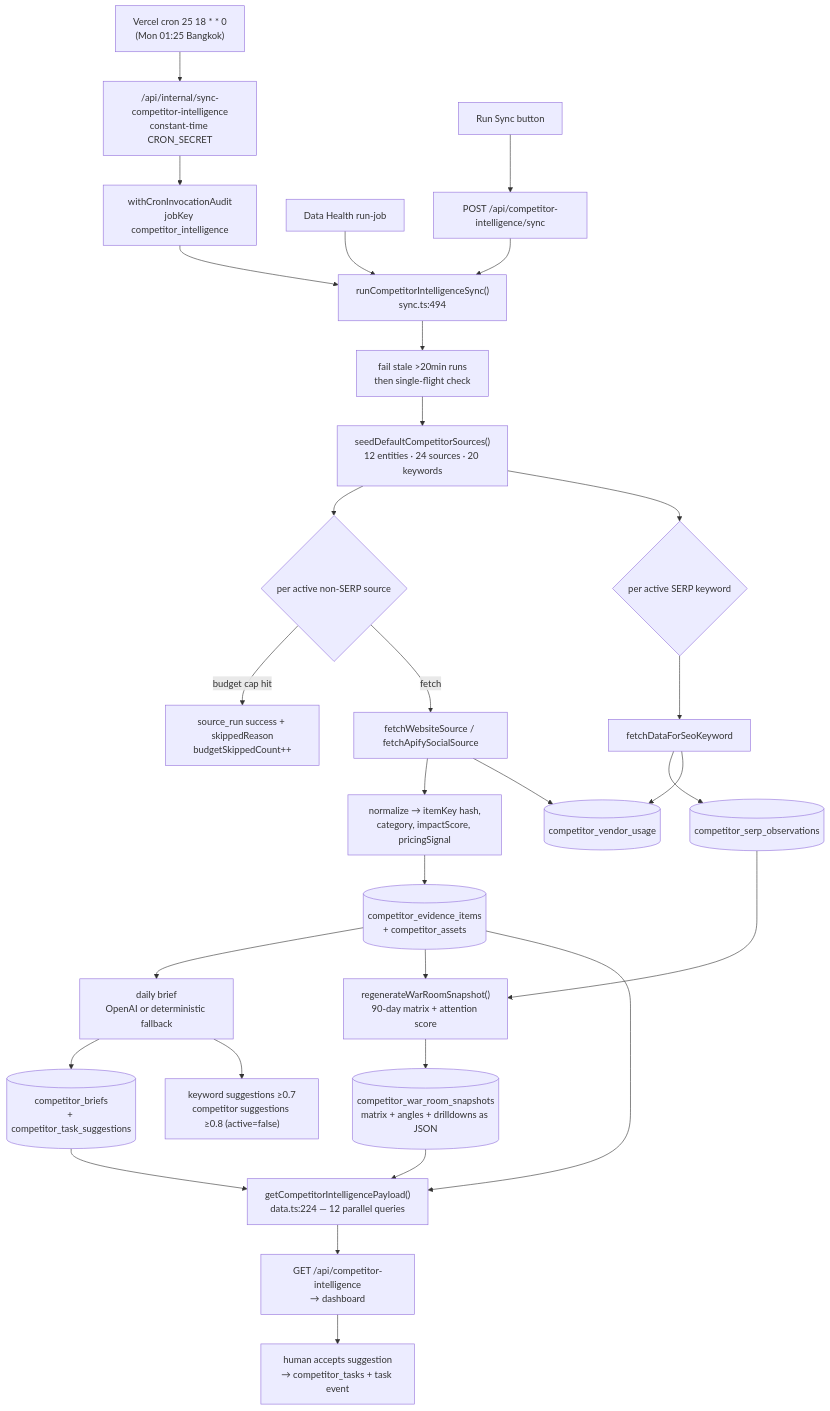
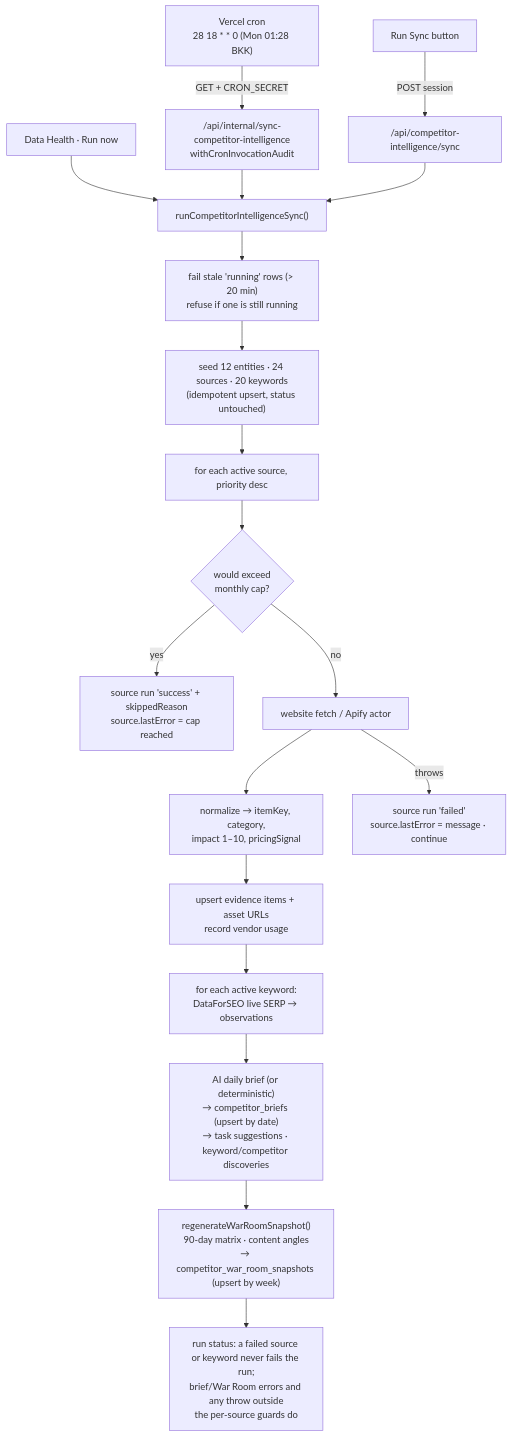
One commit to kasheesh711/bgscheduler changed the diagram in docs/features/competitor-intelligence.md. Above: the diagram before and after it, drawn with Mermaid. The commit also changed other lines of this file and 95 other files, not shown here.

````diff
--- a/docs/features/competitor-intelligence.md
+++ b/docs/features/competitor-intelligence.md
@@ -84,35 +93,21 @@
 ```mermaid
 flowchart TD
-  Cron["Vercel cron 25 18 * * 0<br/>(Mon 01:25 Bangkok)"] --> Route["/api/internal/sync-competitor-intelligence<br/>constant-time CRON_SECRET"]
-  Admin["Run Sync button"] --> SyncRoute["POST /api/competitor-intelligence/sync"]
-  Health["Data Health run-job"] --> Orchestrator
-  Route --> Audit["withCronInvocationAudit<br/>jobKey competitor_intelligence"] --> Orchestrator
-  SyncRoute --> Orchestrator
-
-  Orchestrator["runCompetitorIntelligenceSync()<br/>sync.ts:494"] --> Guard["fail stale >20min runs<br/>then single-flight check"]
-  Guard --> Seed["seedDefaultCompetitorSources()<br/>12 entities · 24 sources · 20 keywords"]
-  Seed --> Loop{"per active non-SERP source"}
-  Loop -->|budget cap hit| Skip["source_run success + skippedReason<br/>budgetSkippedCount++"]
-  Loop -->|fetch| Prov["fetchWebsiteSource / fetchApifySocialSource"]
-  Prov --> Norm["normalize → itemKey hash,<br/>category, impactScore, pricingSignal"]
-  Norm --> Evid[("competitor_evidence_items<br/>+ competitor_assets")]
-  Prov --> Usage[("competitor_vendor_usage")]
-
-  Seed --> SerpLoop{"per active SERP keyword"}
-  SerpLoop --> DFS["fetchDataForSeoKeyword"] --> Obs[("competitor_serp_observations")]
-  DFS --> Usage
-
-  Evid --> Brief["daily brief<br/>OpenAI or deterministic fallback"]
-  Brief --> BriefT[("competitor_briefs<br/>+ competitor_task_suggestions")]
-  Brief --> Discover["keyword suggestions ≥0.7<br/>competitor suggestions ≥0.8 (active=false)"]
-
-  Evid --> WarRoom["regenerateWarRoomSnapshot()<br/>90-day matrix + attention score"]
-  Obs --> WarRoom
-  WarRoom --> Snap[("competitor_war_room_snapshots<br/>matrix + angles + drilldowns as JSON")]
-
-  Snap --> Payload["getCompetitorIntelligencePayload()<br/>data.ts:224 — 12 parallel queries"]
-  BriefT --> Payload
-  Evid --> Payload
-  Payload --> Dash["GET /api/competitor-intelligence<br/>→ dashboard"]
-  Dash --> Accept["human accepts suggestion<br/>→ competitor_tasks + task event"]
+  CRON["Vercel cron<br/>28 18 * * 0 (Mon 01:28 BKK)"] -->|GET + CRON_SECRET| ROUTE["/api/internal/sync-competitor-intelligence<br/>withCronInvocationAudit"]
+  UI["Run Sync button"] -->|POST session| APP["/api/competitor-intelligence/sync"]
+  DH["Data Health · Run now"] --> RUN
+  ROUTE --> RUN["runCompetitorIntelligenceSync()"]
+  APP --> RUN
+  RUN --> STALE["fail stale 'running' rows (> 20 min)<br/>refuse if one is still running"]
+  STALE --> SEED["seed 12 entities · 24 sources · 20 keywords<br/>(idempotent upsert, status untouched)"]
+  SEED --> LOOP["for each active source, priority desc"]
+  LOOP --> BUDGET{"would exceed<br/>monthly cap?"}
+  BUDGET -->|yes| SKIP["source run 'success' + skippedReason<br/>source.lastError = cap reached"]
+  BUDGET -->|no| FETCH["website fetch / Apify actor"]
+  FETCH --> NORM["normalize → itemKey, category,<br/>impact 1–10, pricingSignal"]
+  NORM --> STORE["upsert evidence items + asset URLs<br/>record vendor usage"]
+  FETCH -->|throws| FAIL["source run 'failed'<br/>source.lastError = message · continue"]
+  STORE --> SERP["for each active keyword:<br/>DataForSEO live SERP → observations"]
+  SERP --> BRIEF["AI daily brief (or deterministic)<br/>→ competitor_briefs (upsert by date)<br/>→ task suggestions · keyword/competitor discoveries"]
+  BRIEF --> WAR["regenerateWarRoomSnapshot()<br/>90-day matrix · content angles<br/>→ competitor_war_room_snapshots (upsert by week)"]
+  WAR --> DONE["run status: a failed source or keyword never fails the run;<br/>brief/War Room errors and any throw outside<br/>the per-source guards do"]
 ```
````
